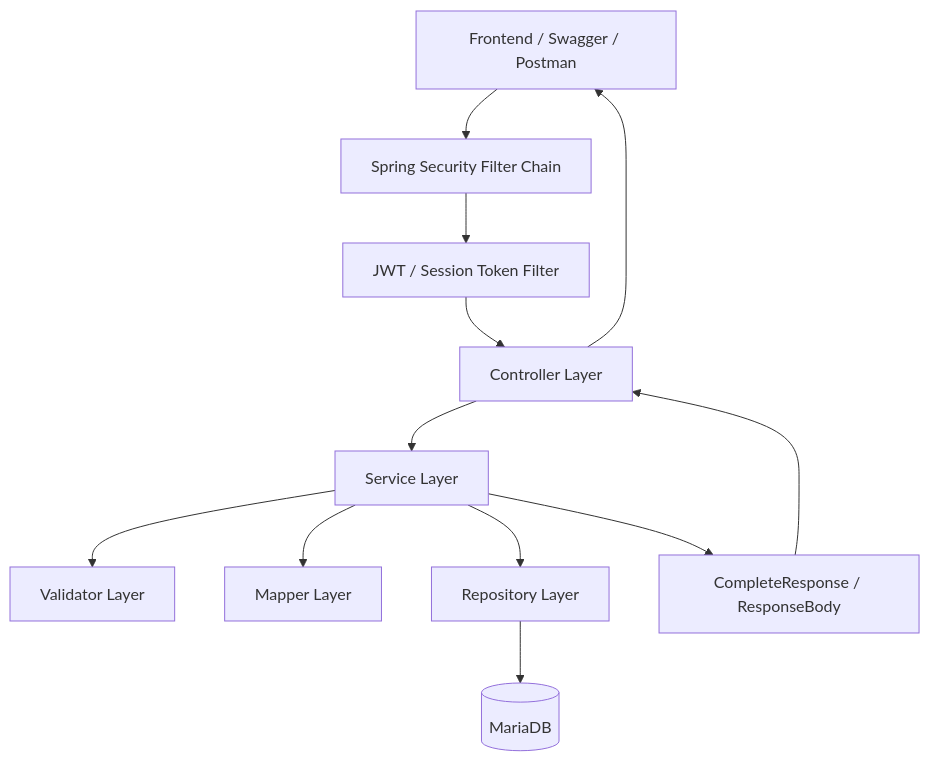
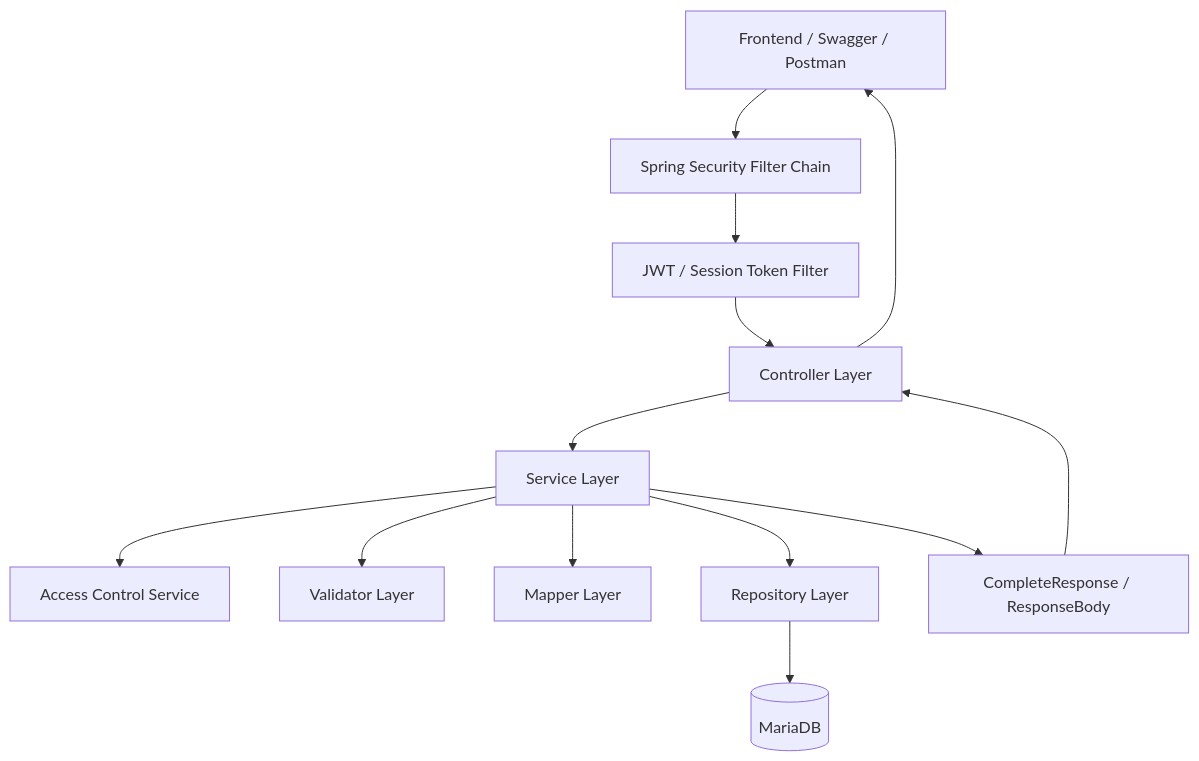
The diagram in backend/README.md (JustinBui22/wandermate-fullstack), drawn with Mermaid before and after one commit. The commit also changed other lines of this file and 7 other files, not shown here.

````diff
--- a/backend/README.md
+++ b/backend/README.md
@@ -70,14 +81,15 @@
 ```mermaid
 flowchart TD
     Client[Frontend / Swagger / Postman] --> Security[Spring Security Filter Chain]
     Security --> TokenFilter[JWT / Session Token Filter]
     TokenFilter --> Controller[Controller Layer]
     Controller --> Service[Service Layer]
+    Service --> Access[Access Control Service]
     Service --> Validator[Validator Layer]
     Service --> Mapper[Mapper Layer]
     Service --> Repository[Repository Layer]
     Repository --> DB[(MariaDB)]
     Service --> Response[CompleteResponse / ResponseBody]
     Response --> Controller
     Controller --> Client
 ```
````
